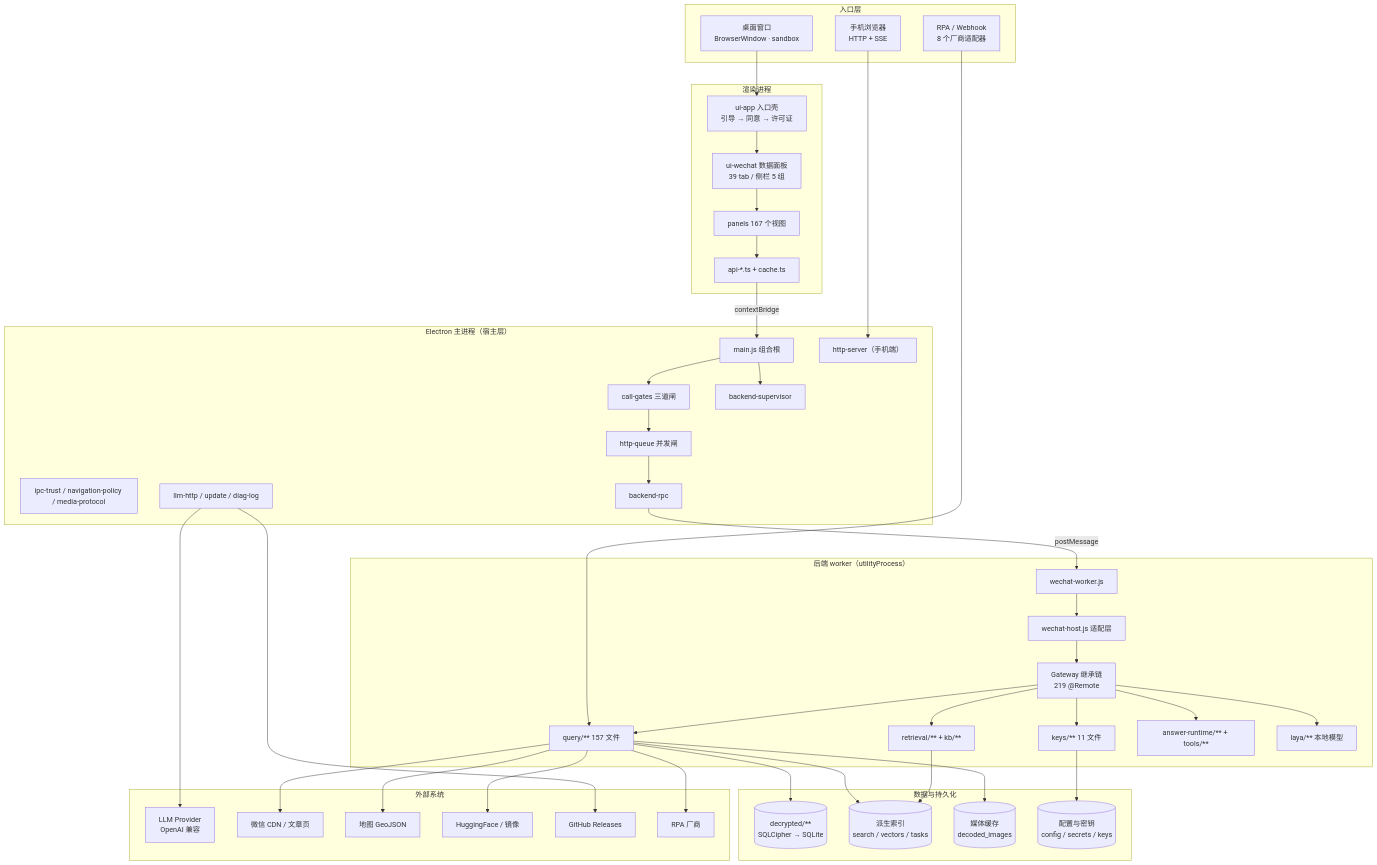
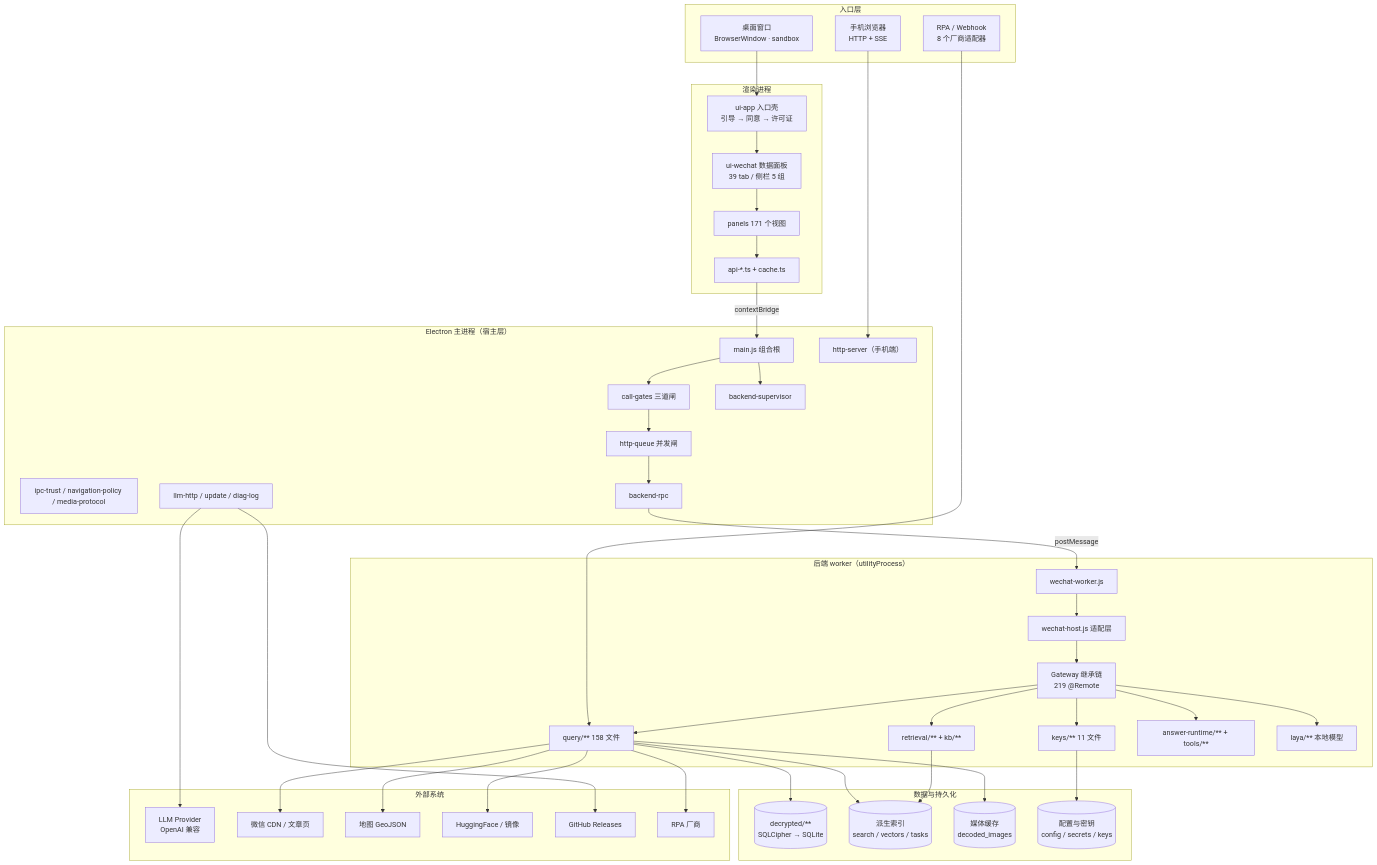
One commit to RASH-xiaowang/super_time changed the diagram in docs/architecture/architecture.mmd. Above: the diagram before and after it, drawn with Mermaid. The commit also changed 575 other files, not shown here.

```diff
--- a/docs/architecture/architecture.mmd
+++ b/docs/architecture/architecture.mmd
@@ -1,79 +1,79 @@
 %% Super Time 系统架构（Mermaid 源文件 · 可移植版本）
 %% 与 system-architecture.svg 同源：改这里请同步改 gen-arch.py
 flowchart TB
   subgraph ENTRY["入口层"]
     W1["桌面窗口<br/>BrowserWindow · sandbox"]
     W2["手机浏览器<br/>HTTP + SSE"]
     W3["RPA / Webhook<br/>8 个厂商适配器"]
   end
 
   subgraph RENDERER["渲染进程"]
     R1["ui-app 入口壳<br/>引导 → 同意 → 许可证"]
     R2["ui-wechat 数据面板<br/>39 tab / 侧栏 5 组"]
-    R3["panels 167 个视图"]
+    R3["panels 171 个视图"]
     R4["api-*.ts + cache.ts"]
   end
 
   subgraph MAIN["Electron 主进程（宿主层）"]
     M1["main.js 组合根"]
     M2["ipc-trust / navigation-policy / media-protocol"]
     M3["call-gates 三道闸"]
     M4["http-queue 并发闸"]
     M5["backend-rpc"]
     M6["backend-supervisor"]
     M7["llm-http / update / diag-log"]
     M8["http-server（手机端）"]
   end
 
   subgraph WORKER["后端 worker（utilityProcess）"]
     K1["wechat-worker.js"]
     K2["wechat-host.js 适配层"]
     K3["Gateway 继承链<br/>219 @Remote"]
-    K4["query/** 157 文件"]
+    K4["query/** 158 文件"]
     K5["keys/** 11 文件"]
     K6["retrieval/** + kb/**"]
     K7["answer-runtime/** + tools/**"]
     K8["laya/** 本地模型"]
   end
 
   subgraph DATA["数据与持久化"]
     D1[("decrypted/**<br/>SQLCipher → SQLite")]
     D2[("派生索引<br/>search / vectors / tasks")]
     D3[("媒体缓存<br/>decoded_images")]
     D4[("配置与密钥<br/>config / secrets / keys")]
   end
 
   subgraph EXTERNAL["外部系统"]
     E1["LLM Provider<br/>OpenAI 兼容"]
     E2["微信 CDN / 文章页"]
     E3["地图 GeoJSON"]
     E4["HuggingFace / 镜像"]
     E5["GitHub Releases"]
     E6["RPA 厂商"]
   end
 
   W1 --> R1
   W2 --> M8
   W3 --> K4
   R1 --> R2 --> R3 --> R4
   R4 -->|"contextBridge"| M1
   M1 --> M3 --> M4 --> M5
   M5 -->|"postMessage"| K1
   K1 --> K2 --> K3
   K3 --> K4
   K3 --> K5
   K3 --> K6
   K3 --> K7
   K3 --> K8
   K4 --> D1
   K4 --> D2
   K4 --> D3
   K5 --> D4
   K6 --> D2
   M1 --> M6
   M7 --> E1
   M7 --> E5
   K4 --> E2
   K4 --> E3
   K4 --> E4
   K4 --> E6
```
